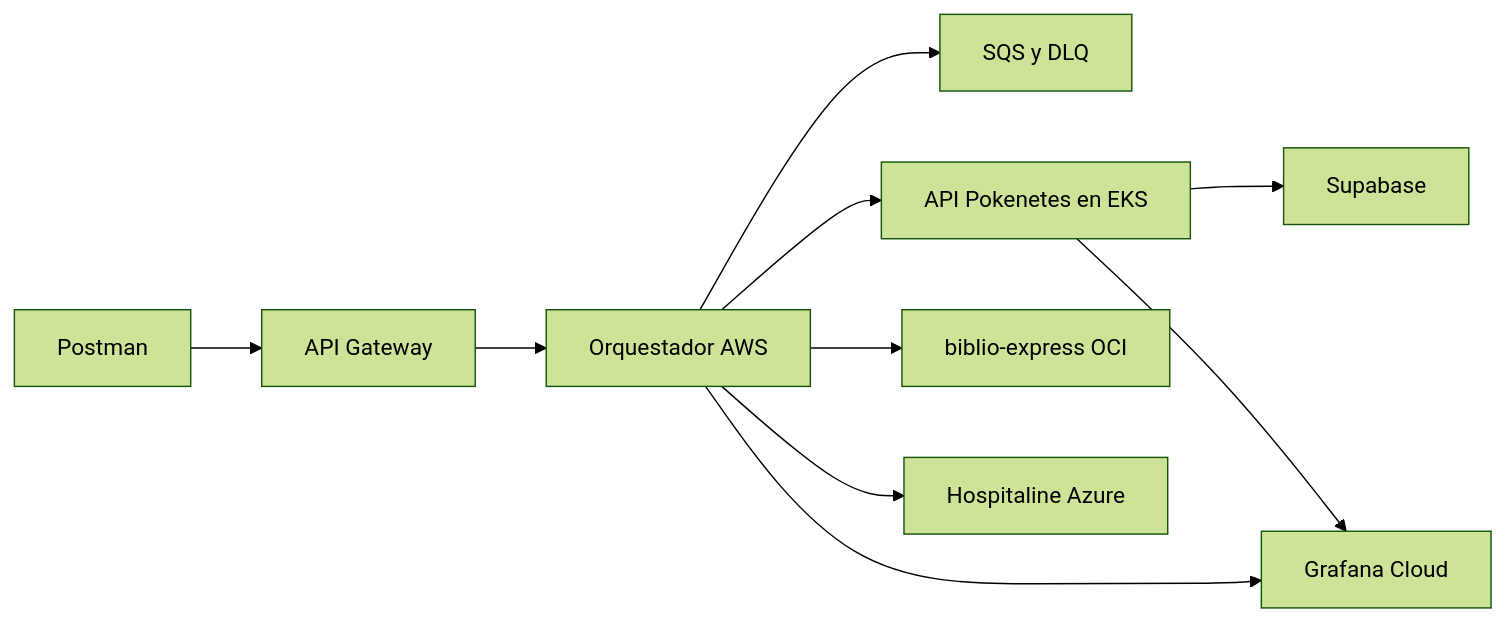
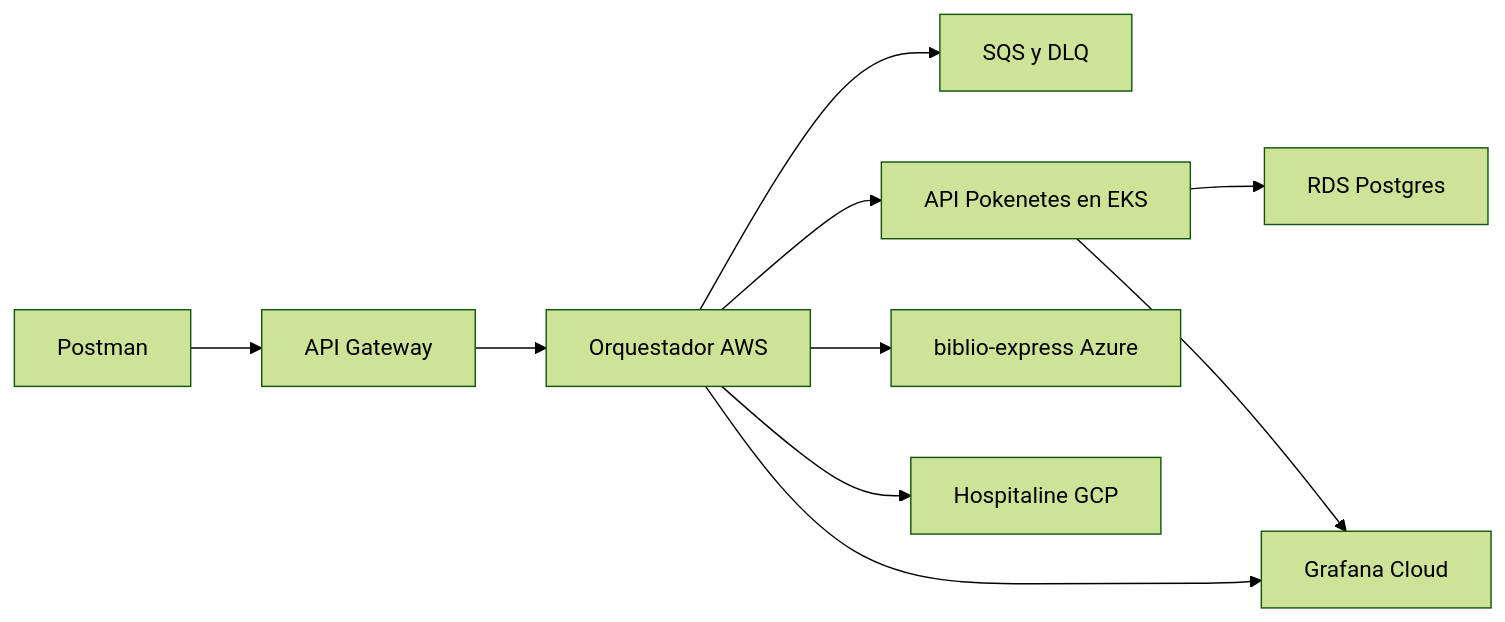
The diagram in README.md (Enedev/Pokenetes-API), drawn with Mermaid (forest theme) before and after one commit. The commit also changed other lines of this file and 4 other files, not shown here.

Commit message:
:recycle: point biblio at Azure and Hospitaline at GCP

````diff
--- a/README.md
+++ b/README.md
@@ -18,12 +18,12 @@
 ```mermaid
 flowchart LR
     cliente[Postman] --> gateway[API Gateway]
     gateway --> orq[Orquestador AWS]
     orq --> cola[SQS y DLQ]
     orq --> api[API Pokenetes en EKS]
-    orq --> oci[biblio-express OCI]
-    orq --> azure[Hospitaline Azure]
-    api --> db[Supabase]
+    orq --> azure[biblio-express Azure]
+    orq --> gcp[Hospitaline GCP]
+    api --> db[RDS Postgres]
     orq --> grafana[Grafana Cloud]
     api --> grafana
 ```
````
